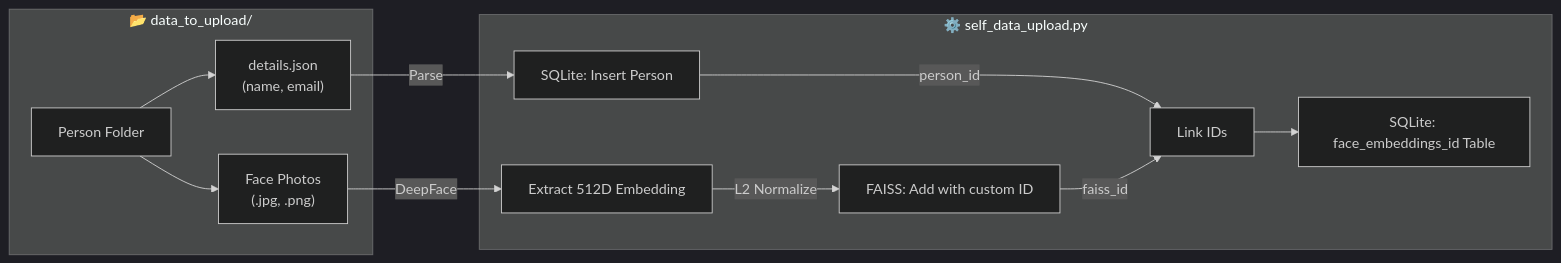
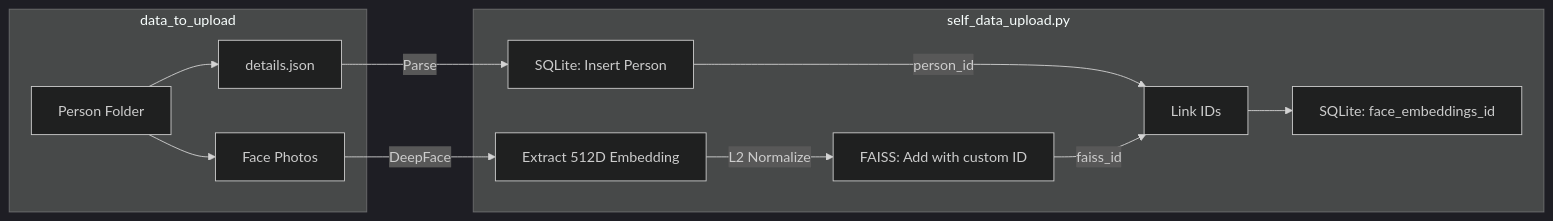
Before and after one commit to AryanV-Coder/ProjectDrishti-SwachhBharat: the second of 4 diagrams in README.md, drawn with Mermaid (dark theme). The commit also changed other lines of this file, not shown here.

````diff
--- a/README.md
+++ b/README.md
@@ -66,16 +66,16 @@
 ```mermaid
 flowchart LR
-    subgraph UPLOAD["📂 data_to_upload/"]
-        FOLDER["Person Folder"] --> JSON["details.json<br>(name, email)"]
-        FOLDER --> PHOTOS["Face Photos<br>(.jpg, .png)"]
+    subgraph UPLOAD["data_to_upload"]
+        FOLDER["Person Folder"] --> JSON["details.json"]
+        FOLDER --> PHOTOS["Face Photos"]
     end
 
-    subgraph PROCESSING["⚙️ self_data_upload.py"]
-        JSON -->|"Parse"| SQLINSERT["SQLite: Insert Person"]
-        SQLINSERT -->|"person_id"| LINK["Link IDs"]
-        PHOTOS -->|"DeepFace"| EMBED["Extract 512D Embedding"]
-        EMBED -->|"L2 Normalize"| FAISSADD["FAISS: Add with custom ID"]
-        FAISSADD -->|"faiss_id"| LINK
-        LINK --> BRIDGE["SQLite: face_embeddings_id Table"]
+    subgraph PROCESSING["self_data_upload.py"]
+        JSON -->|Parse| SQLINSERT["SQLite: Insert Person"]
+        SQLINSERT -->|person_id| LINK["Link IDs"]
+        PHOTOS -->|DeepFace| EMBED["Extract 512D Embedding"]
+        EMBED -->|L2 Normalize| FAISSADD["FAISS: Add with custom ID"]
+        FAISSADD -->|faiss_id| LINK
+        LINK --> BRIDGE["SQLite: face_embeddings_id"]
     end
 ```
````
